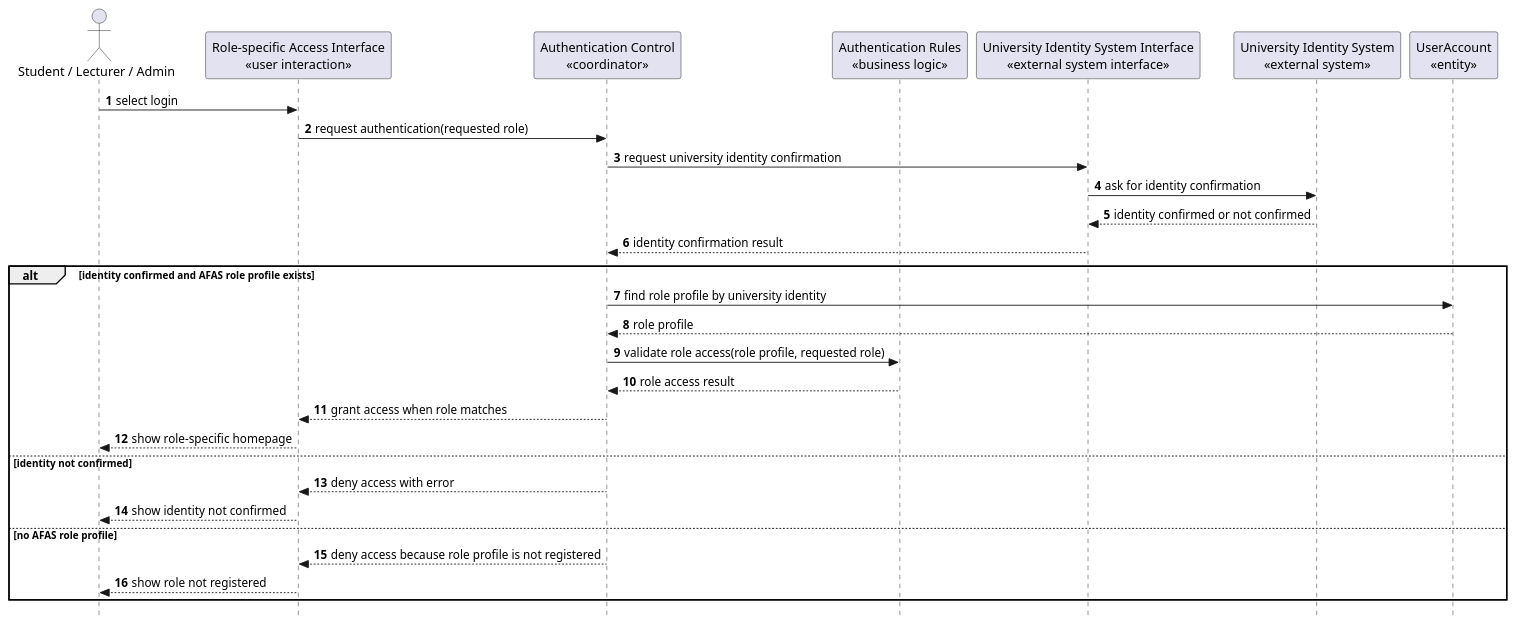
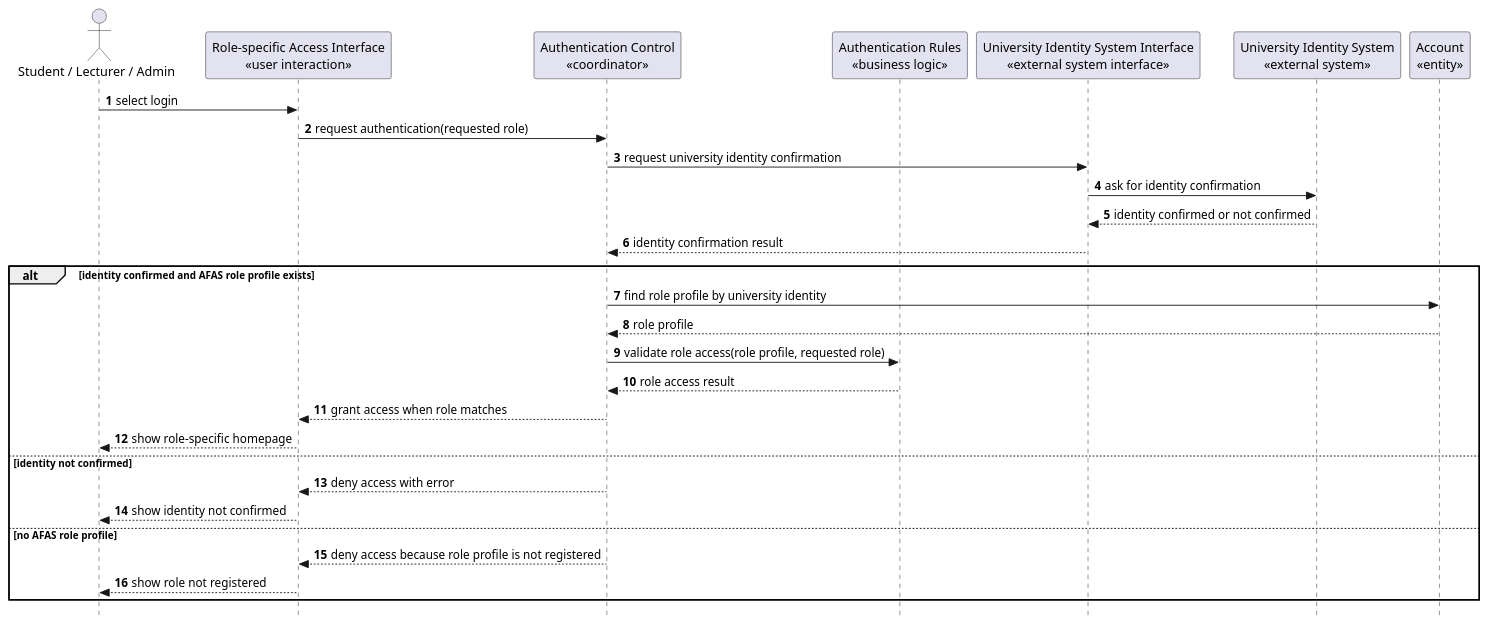
One commit to nttung42/SWD392 changed the seventh of 29 diagrams in docs/sds/2_Analysis.md. Above: the diagram before and after it, drawn with PlantUML. The commit also changed other lines of this file and 2 other files, not shown here.

````diff
--- a/docs/sds/2_Analysis.md
+++ b/docs/sds/2_Analysis.md
@@ -368,36 +376,36 @@
 ```plantuml
 @startuml
 skinparam style strictuml
 autonumber
 actor "Student / Lecturer / Admin" as User
 participant "Role-specific Access Interface\n«user interaction»" as AccessUI
 participant "Authentication Control\n«coordinator»" as AuthControl
 participant "Authentication Rules\n«business logic»" as AuthRules
 participant "University Identity System Interface\n«external system interface»" as UISInterface
 participant "University Identity System\n«external system»" as UIS
-participant "UserAccount\n«entity»" as UserAccount
+participant "Account\n«entity»" as Account
 
 User -> AccessUI : select login
 AccessUI -> AuthControl : request authentication(requested role)
 
 AuthControl -> UISInterface : request university identity confirmation
 UISInterface -> UIS : ask for identity confirmation
 UIS --> UISInterface : identity confirmed or not confirmed
 UISInterface --> AuthControl : identity confirmation result
 
 alt identity confirmed and AFAS role profile exists
-  AuthControl -> UserAccount : find role profile by university identity
-  UserAccount --> AuthControl : role profile
+  AuthControl -> Account : find role profile by university identity
+  Account --> AuthControl : role profile
   AuthControl -> AuthRules : validate role access(role profile, requested role)
   AuthRules --> AuthControl : role access result
   AuthControl --> AccessUI : grant access when role matches
   AccessUI --> User : show role-specific homepage
 else identity not confirmed
   AuthControl --> AccessUI : deny access with error
   AccessUI --> User : show identity not confirmed
 else no AFAS role profile
   AuthControl --> AccessUI : deny access because role profile is not registered
   AccessUI --> User : show role not registered
 end
 @enduml
 ```
````
